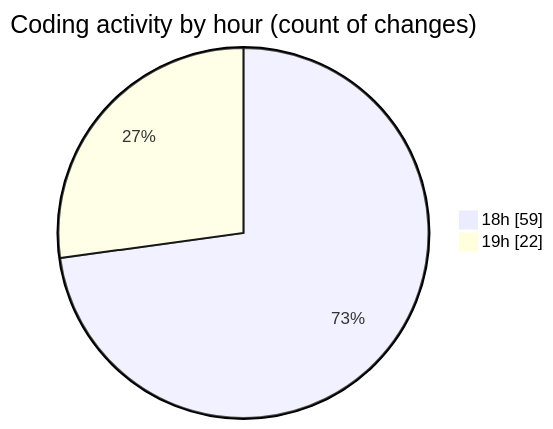
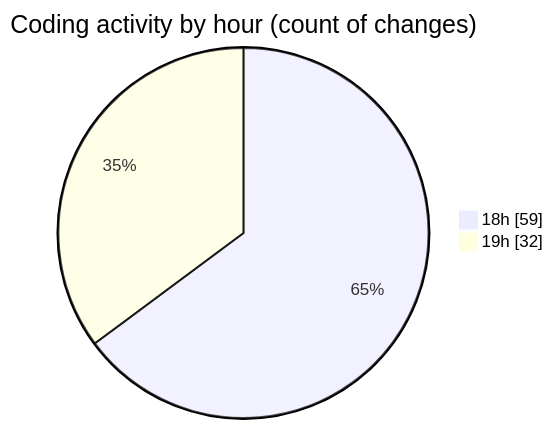
Before and after one commit to Netris89/code-tracking: the second of 2 diagrams in 2025-04-02/back-end/README.md, drawn with Mermaid. The commit also changed other lines of this file and 1 other file, not shown here.

````diff
--- a/2025-04-02/back-end/README.md
+++ b/2025-04-02/back-end/README.md
@@ -29,6 +30,6 @@
 ```mermaid
 pie showData
 title Coding activity by hour (count of changes)
 "18h" : 59
-"19h" : 22
+"19h" : 32
 ```
````
